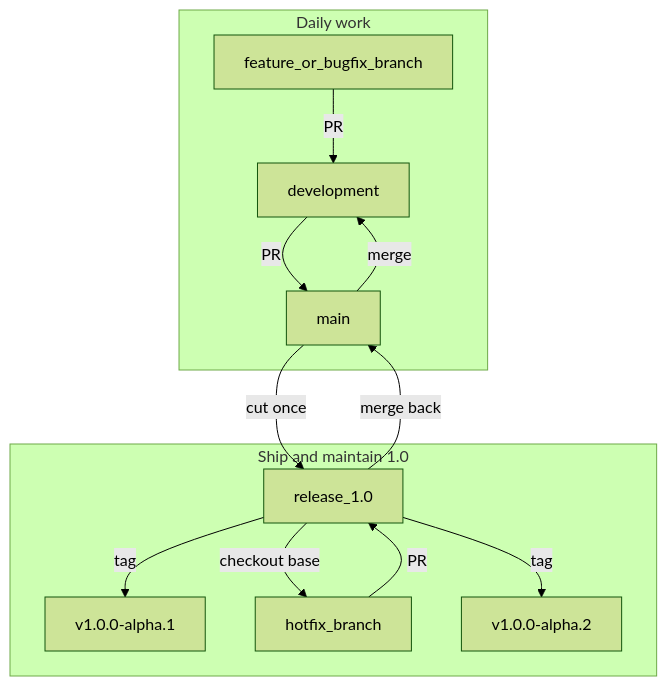
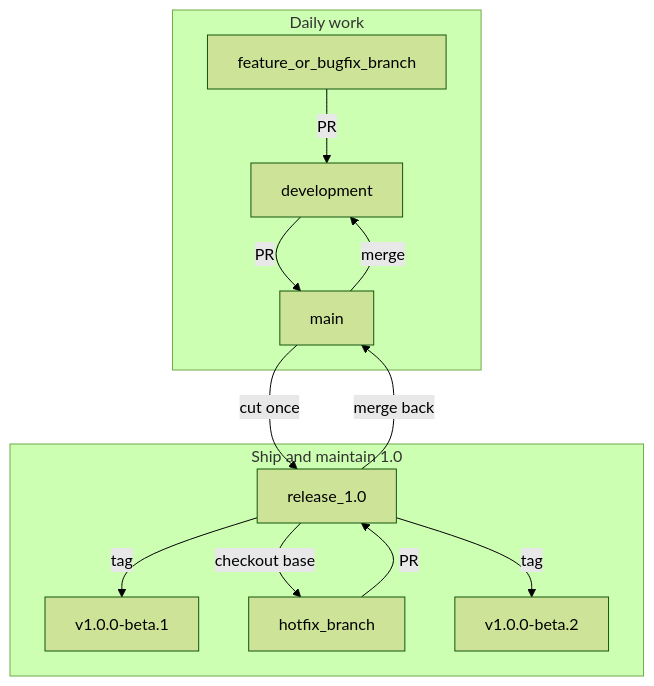
Before and after one commit to ahmedSamir50/AdamSystems.ZVec.NET: the second of 2 diagrams in README.md, drawn with Mermaid (forest theme). The commit also changed other lines of this file and 18 other files, not shown here.

````diff
--- a/README.md
+++ b/README.md
@@ -558,19 +575,19 @@
 ```mermaid
 flowchart TB
   subgraph daily [Daily work]
     feat[feature_or_bugfix_branch]
     devel[development]
     feat -->|"PR"| devel
     devel -->|"PR"| mainBr[main]
   end
   subgraph ship [Ship and maintain 1.0]
     mainBr -->|"cut once"| rel10[release_1.0]
-    rel10 -->|"tag"| t1[v1.0.0-alpha.1]
+    rel10 -->|"tag"| t1[v1.0.0-beta.1]
     hf[hotfix_branch]
     rel10 -->|"checkout base"| hf
     hf -->|"PR"| rel10
-    rel10 -->|"tag"| t2[v1.0.0-alpha.2]
+    rel10 -->|"tag"| t2[v1.0.0-beta.2]
     rel10 -->|"merge back"| mainBr
     mainBr -->|"merge"| devel
   end
 ```
````
